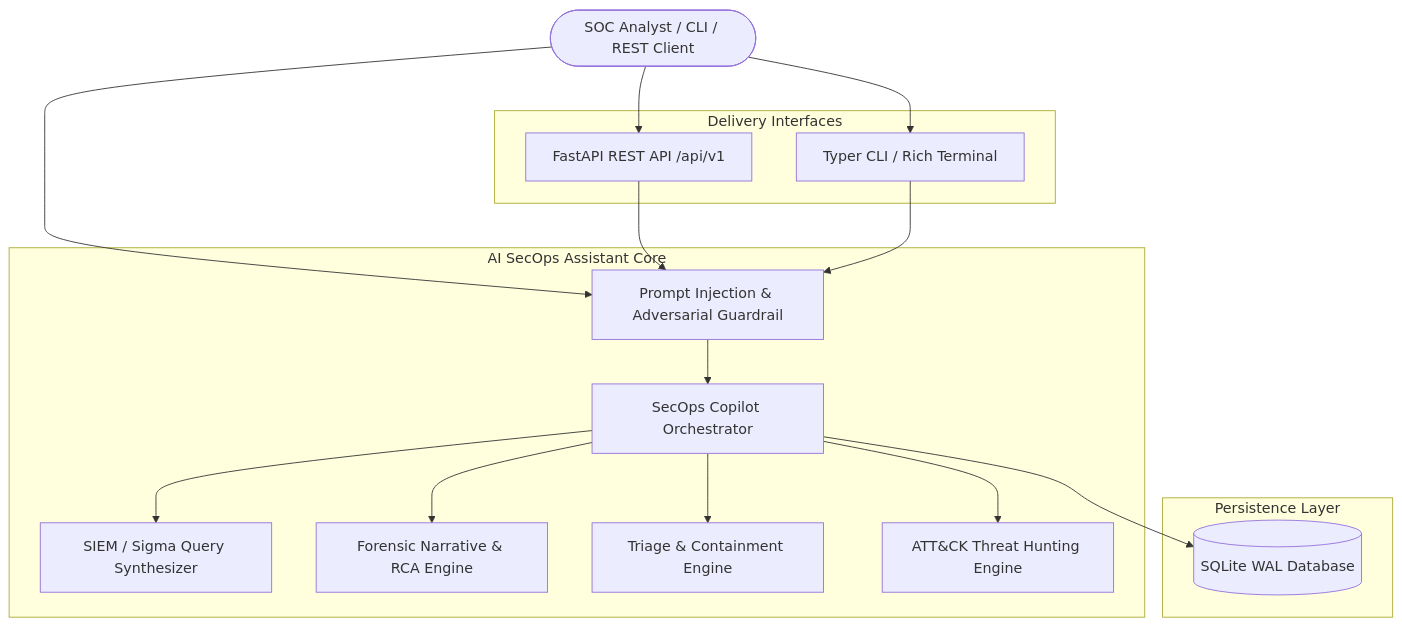
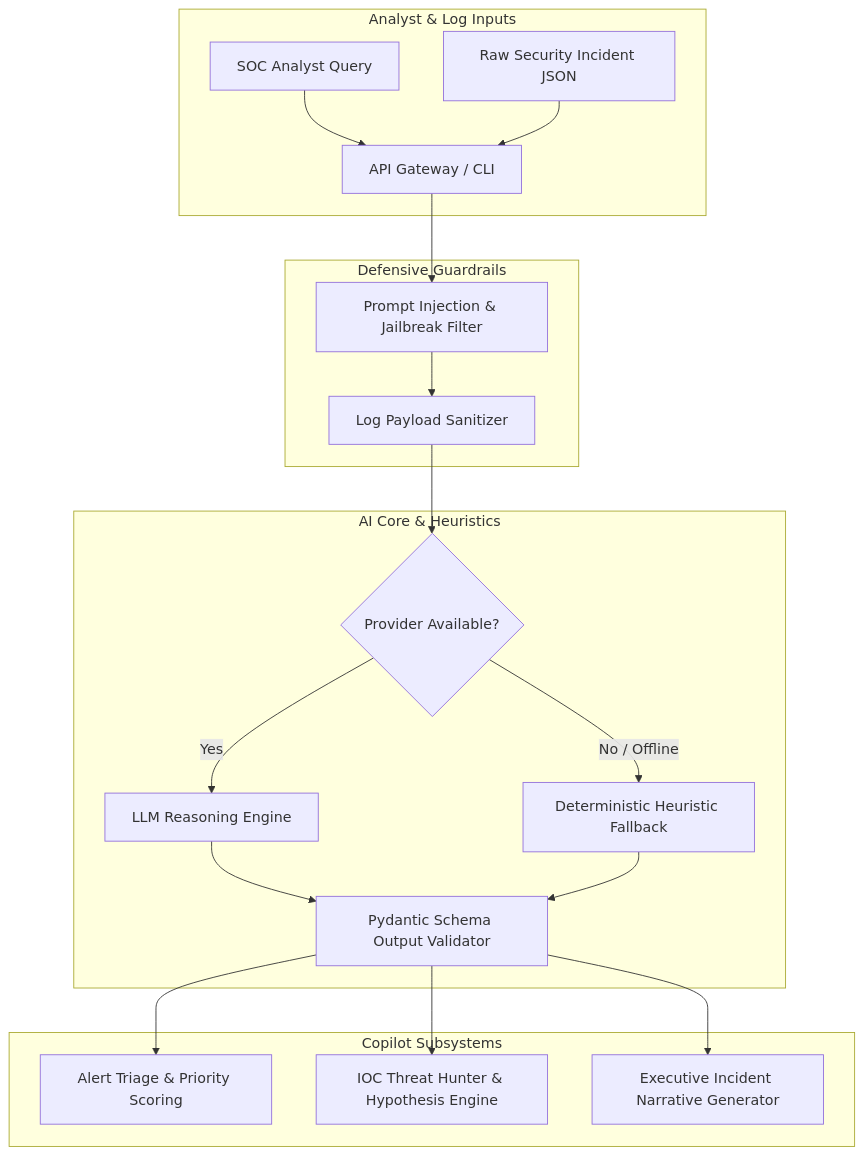
Before and after one commit to Krish9800/ai-security-operations-assistant: the diagram in README.md, drawn with Mermaid. The commit also changed other lines of this file, not shown here.

Commit message:
docs: comprehensive technical README refresh and architecture documentation

````diff
--- a/README.md
+++ b/README.md
@@ -47,26 +23,26 @@
 ```mermaid
 flowchart TD
-    User([SOC Analyst / CLI / REST Client]) --> Guardrail[Prompt Injection & Adversarial Guardrail]
-    
-    subgraph Core Engine [AI SecOps Assistant Core]
-        Guardrail --> Orchestrator[SecOps Copilot Orchestrator]
-        Orchestrator --> Synthesizer[SIEM / Sigma Query Synthesizer]
-        Orchestrator --> Narrative[Forensic Narrative & RCA Engine]
-        Orchestrator --> Recommender[Triage & Containment Engine]
-        Orchestrator --> Hunter[ATT&CK Threat Hunting Engine]
+    subgraph Analyst & Log Inputs
+        Analyst[SOC Analyst Query] --> Gateway[API Gateway / CLI]
+        RawAlerts[Raw Security Incident JSON] --> Gateway
     end
 
-    subgraph Storage [Persistence Layer]
-        Orchestrator --> SQLiteWAL[(SQLite WAL Database)]
+    subgraph Defensive Guardrails
+        Gateway --> InjectionFilter[Prompt Injection & Jailbreak Filter]
+        InjectionFilter --> Sanitizer[Log Payload Sanitizer]
     end
 
-    subgraph Interfaces [Delivery Interfaces]
-        FastAPI[FastAPI REST API /api/v1]
-        TyperCLI[Typer CLI / Rich Terminal]
+    subgraph AI Core & Heuristics
+        Sanitizer --> Router{Provider Available?}
+        Router -->|Yes| LLM[LLM Reasoning Engine]
+        Router -->|No / Offline| Heuristic[Deterministic Heuristic Fallback]
+        LLM --> SchemaValidator[Pydantic Schema Output Validator]
+        Heuristic --> SchemaValidator
     end
 
-    User --> FastAPI
-    User --> TyperCLI
-    FastAPI --> Guardrail
-    TyperCLI --> Guardrail
+    subgraph Copilot Subsystems
+        SchemaValidator --> Triage[Alert Triage & Priority Scoring]
+        SchemaValidator --> Hunter[IOC Threat Hunter & Hypothesis Engine]
+        SchemaValidator --> Narrative[Executive Incident Narrative Generator]
+    end
 ```
````
